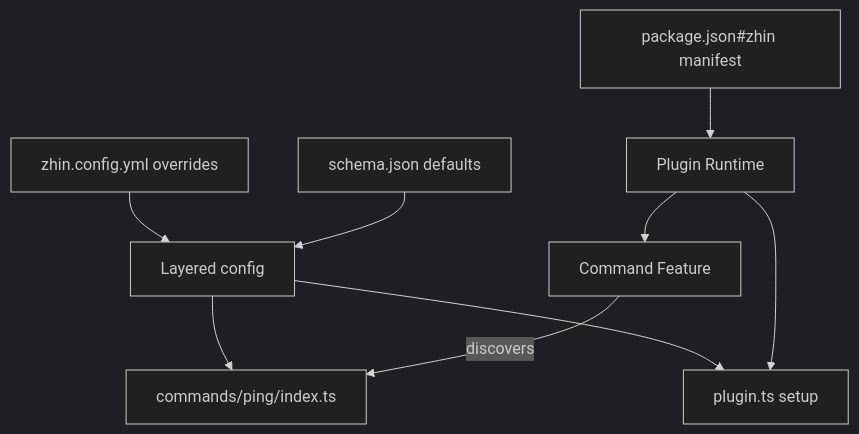
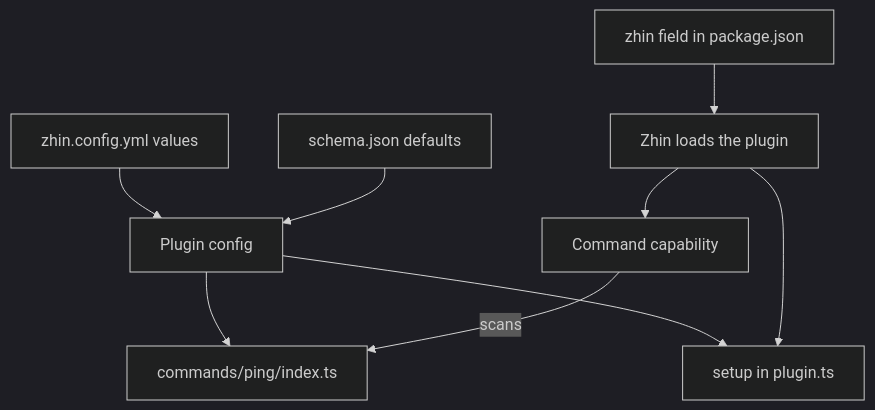
The diagram in docs/en/getting-started/first-plugin.md (zhinjs/zhin), drawn with Mermaid (dark theme) before and after one commit. The commit also changed other lines of this file and 65 other files, not shown here.

````diff
--- a/docs/en/getting-started/first-plugin.md
+++ b/docs/en/getting-started/first-plugin.md
@@ -213,11 +237,11 @@
 ```mermaid
 flowchart TD
-  M[package.json#zhin manifest] --> R[Plugin Runtime]
-  R --> F[Command Feature]
-  F -->|discovers| C[commands/ping/index.ts]
-  R --> E[plugin.ts setup]
-  S[schema.json defaults] --> CFG[Layered config]
-  Y[zhin.config.yml overrides] --> CFG
+  M[zhin field in package.json] --> R[Zhin loads the plugin]
+  R --> F[Command capability]
+  F -->|scans| C[commands/ping/index.ts]
+  R --> E[setup in plugin.ts]
+  S[schema.json defaults] --> CFG[Plugin config]
+  Y[zhin.config.yml values] --> CFG
   CFG --> E
   CFG --> C
 ```
````
